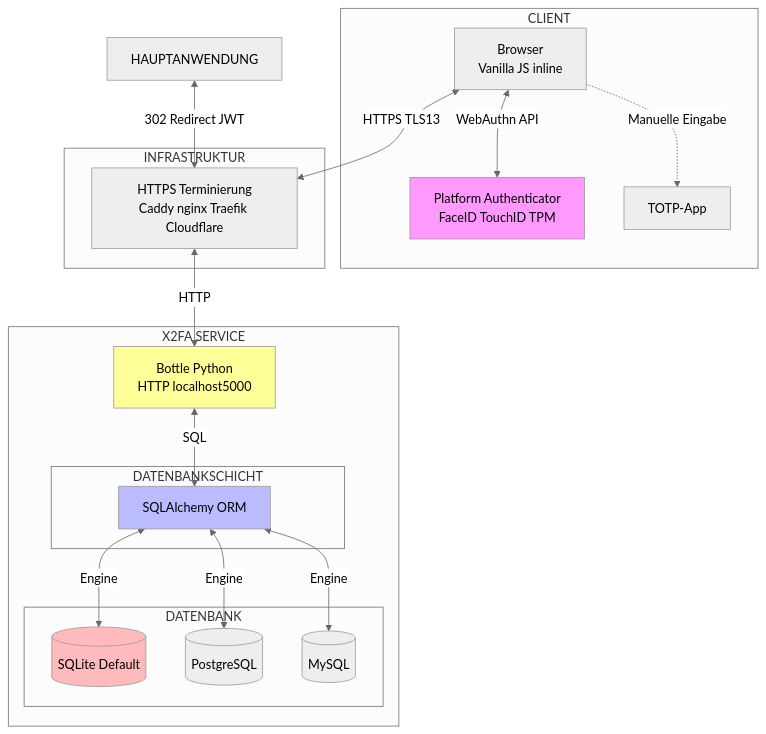
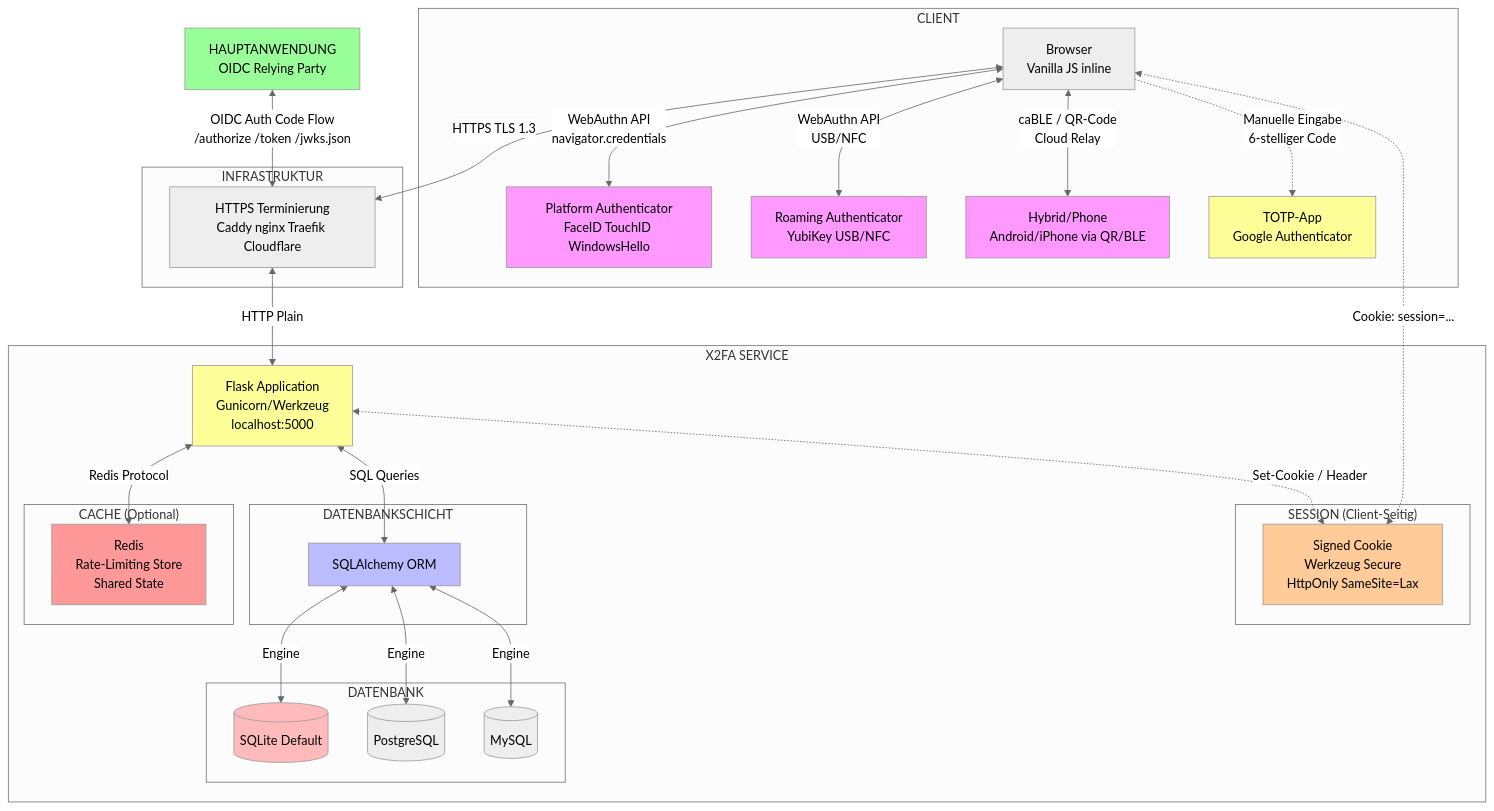
One commit to Inqbus/x2fa changed the first of 2 diagrams in x2fa_architecture_concept.md. Above: the diagram before and after it, drawn with Mermaid (neutral theme). The commit also changed other lines of this file and 13 other files, not shown here.

````diff
--- a/x2fa_architecture_concept.md
+++ b/x2fa_architecture_concept.md
@@ -44,45 +57,68 @@
 ```mermaid
 graph TB
     subgraph "CLIENT"
         Browser["Browser<br/>Vanilla JS inline"]
-        PlatformAuth["Platform Authenticator<br/>FaceID TouchID TPM"]
-        TOTPApp["TOTP-App"]
+        PlatformAuth["Platform Authenticator<br/>FaceID TouchID WindowsHello"]
+        RoamingAuth["Roaming Authenticator<br/>YubiKey USB/NFC"]
+        HybridAuth["Hybrid/Phone<br/>Android/iPhone via QR/BLE"]
+        TOTPApp["TOTP-App<br/>Google Authenticator"]
     end
 
     subgraph "INFRASTRUKTUR"
         TLS["HTTPS Terminierung<br/>Caddy nginx Traefik Cloudflare"]
     end
 
     subgraph "X2FA SERVICE"
-        Bottle["Bottle Python<br/>HTTP localhost5000"]
+        Flask["Flask Application<br/>Gunicorn/Werkzeug<br/>localhost:5000"]
+        
+        subgraph "SESSION (Client-Seitig)"
+            Cookie["Signed Cookie<br/>Werkzeug Secure<br/>HttpOnly SameSite=Lax"]
+        end
         
         subgraph "DATENBANKSCHICHT"
             SQLAlchemy["SQLAlchemy ORM"]
         end
         
         subgraph "DATENBANK"
             SQLite[("SQLite Default")]
             Postgres[("PostgreSQL")]
             MySQL[("MySQL")]
         end
+        
+        subgraph "CACHE (Optional)"
+            Redis["Redis<br/>Rate-Limiting Store<br/>Shared State"]
+        end
     end
 
-    MainApp["HAUPTANWENDUNG"]
+    MainApp["HAUPTANWENDUNG<br/>OIDC Relying Party"]
 
-    Browser <-->|"HTTPS TLS13"| TLS
-    TLS <-->|"HTTP"| Bottle
-    Bottle <-->|"SQL"| SQLAlchemy
+    Browser <-->|"HTTPS TLS 1.3"| TLS
+    TLS <-->|"HTTP Plain"| Flask
+    Flask <-->|"SQL Queries"| SQLAlchemy
     SQLAlchemy <-->|"Engine"| SQLite
     SQLAlchemy <-->|"Engine"| Postgres
     SQLAlchemy <-->|"Engine"| MySQL
     
-    Browser <-->|"WebAuthn API"| PlatformAuth
-    Browser -.->|"Manuelle Eingabe"| TOTPApp
+    Flask <-.->|"Set-Cookie / Header"| Cookie
+    Browser <-.->|"Cookie: session=..."| Cookie
     
-    MainApp <-->|"302 Redirect JWT"| TLS
+    Flask <-->|"Redis Protocol"| Redis
+    
+    Browser <-->|"WebAuthn API<br/>navigator.credentials"| PlatformAuth
+    Browser <-->|"WebAuthn API<br/>USB/NFC"| RoamingAuth
+    Browser <-->|"caBLE / QR-Code<br/>Cloud Relay"| HybridAuth
+    Browser -.->|"Manuelle Eingabe<br/>6-stelliger Code"| TOTPApp
+    
+    MainApp <-->|"OIDC Auth Code Flow<br/>/authorize /token /jwks.json"| TLS
     
     style PlatformAuth fill:#f9f
-    style Bottle fill:#ff9
+    style RoamingAuth fill:#f9f
+    style HybridAuth fill:#f9f
+    style TOTPApp fill:#ff9
+    style Flask fill:#ff9
+    style Cookie fill:#ffcc99
+    style Redis fill:#ff9999
     style SQLAlchemy fill:#bbf
     style SQLite fill:#fbb
+    style MainApp fill:#9f9
 ```
````
